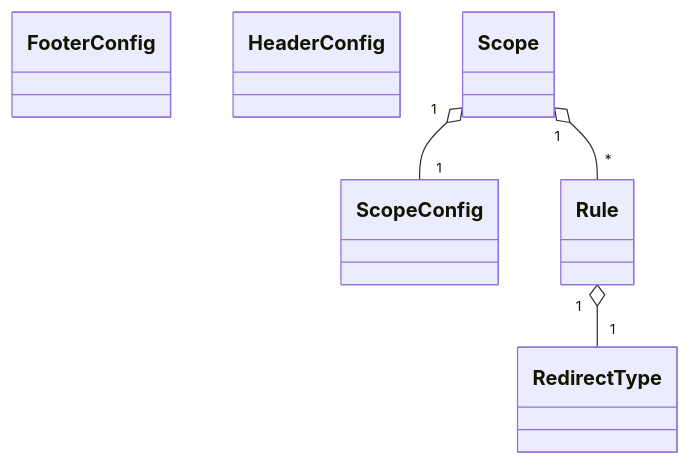
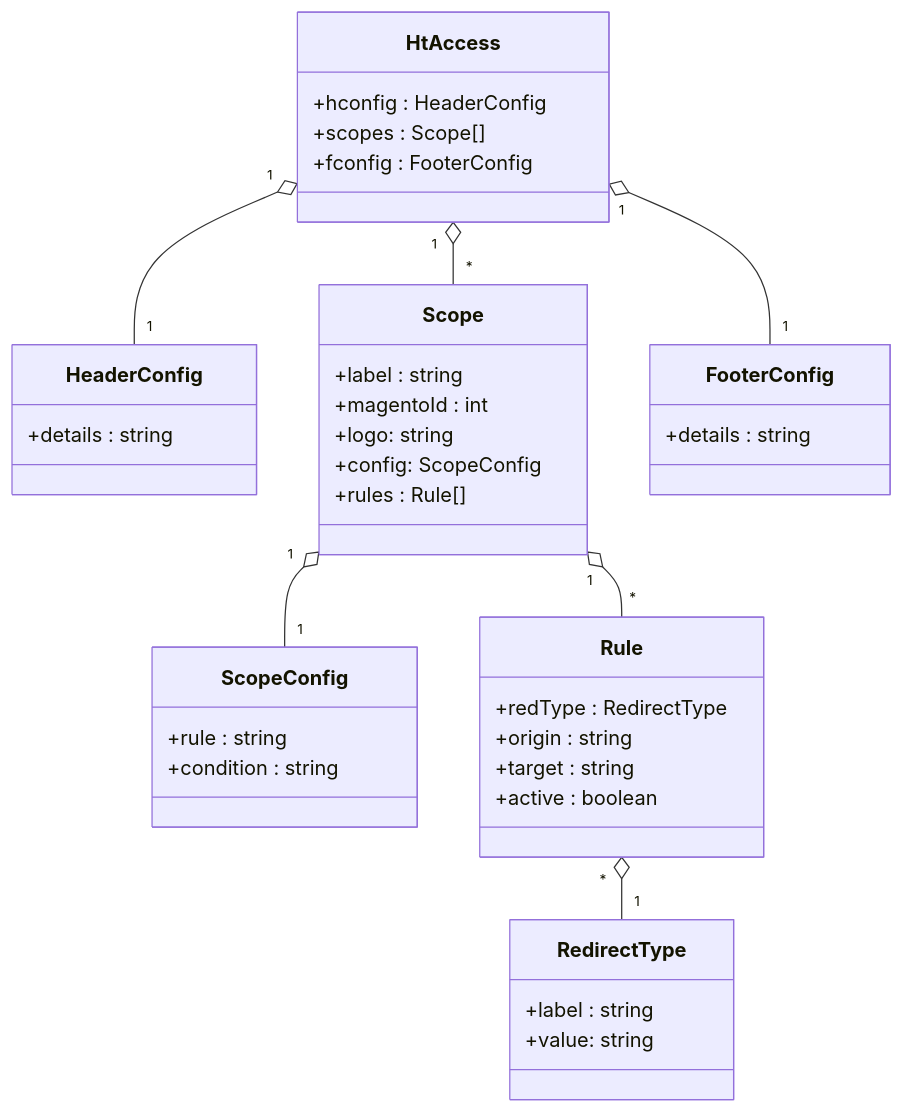
The diagram in README.md (kwabounga/htaccess-maker), drawn with Mermaid before and after one commit.

Commit message:
mermaid 3

````diff
--- a/README.md
+++ b/README.md
@@ -293,9 +293,41 @@
 ```mermaid
 classDiagram
-    class FooterConfig
-    class HeaderConfig
+    HtAccess "1" o-- "1" HeaderConfig
+    HtAccess "1" o-- "*" Scope
+    HtAccess "1" o-- "1" FooterConfig
     Scope "1" o-- "1" ScopeConfig
     Scope "1" o-- "*" Rule
-    Rule "1" o-- "1" RedirectType
-    
+    Rule "*" o-- "1" RedirectType
+    class HtAccess {
+      +hconfig : HeaderConfig
+      +scopes : Scope[]
+      +fconfig : FooterConfig
+    }
+    class HeaderConfig {
+      +details : string
+    }
+    class FooterConfig {
+        +details : string
+    }
+    class Scope {
+      +label : string
+      +magentoId : int
+      +logo: string
+      +config: ScopeConfig
+      +rules : Rule[]
+    }    
+    class ScopeConfig {
+      +rule : string
+      +condition : string
+    }
+    class Rule {
+      +redType : RedirectType
+      +origin : string
+      +target : string
+      +active : boolean
+    }
+    class RedirectType {
+      +label : string
+      +value: string
+    }
 ```
````
